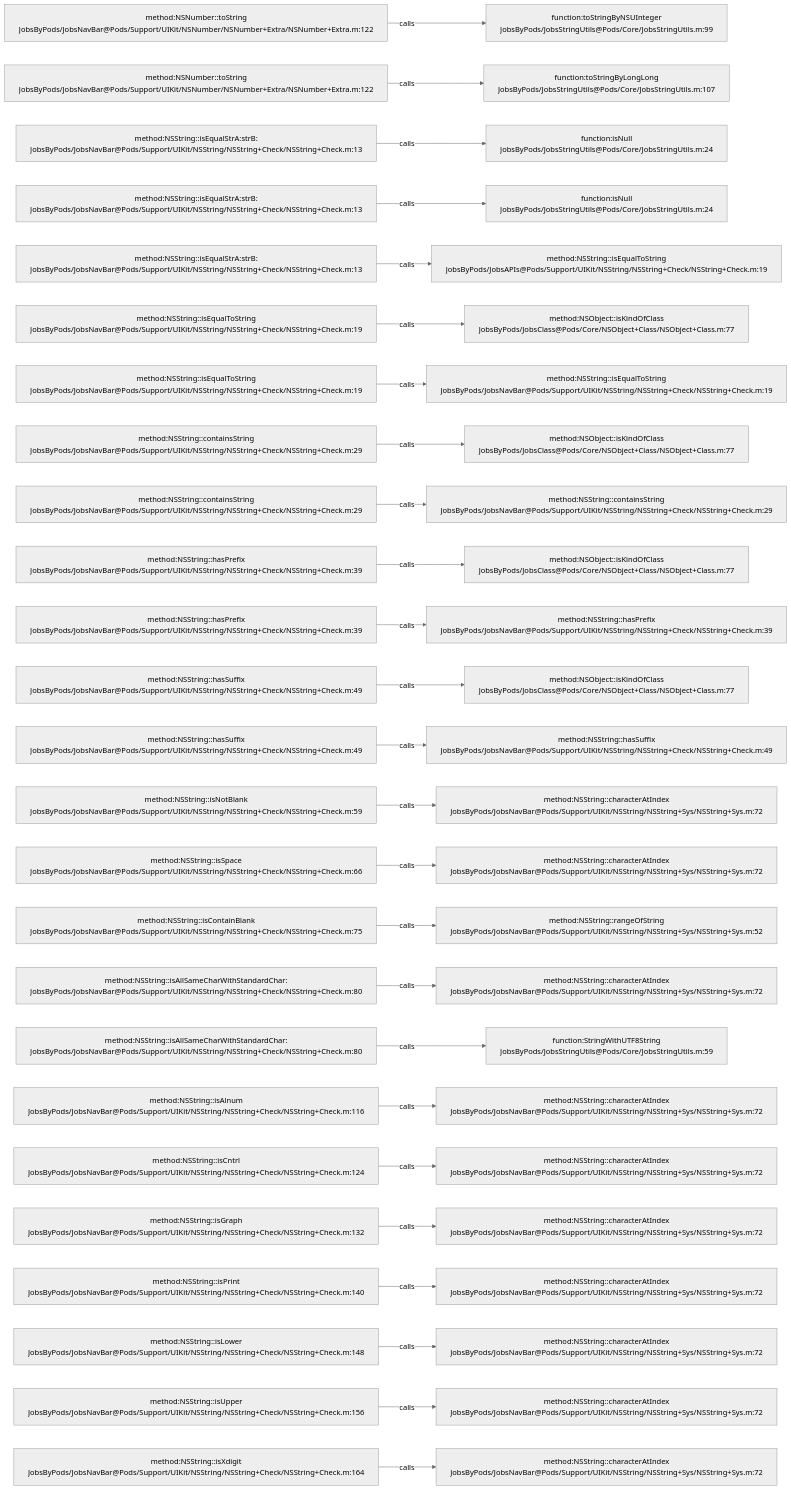
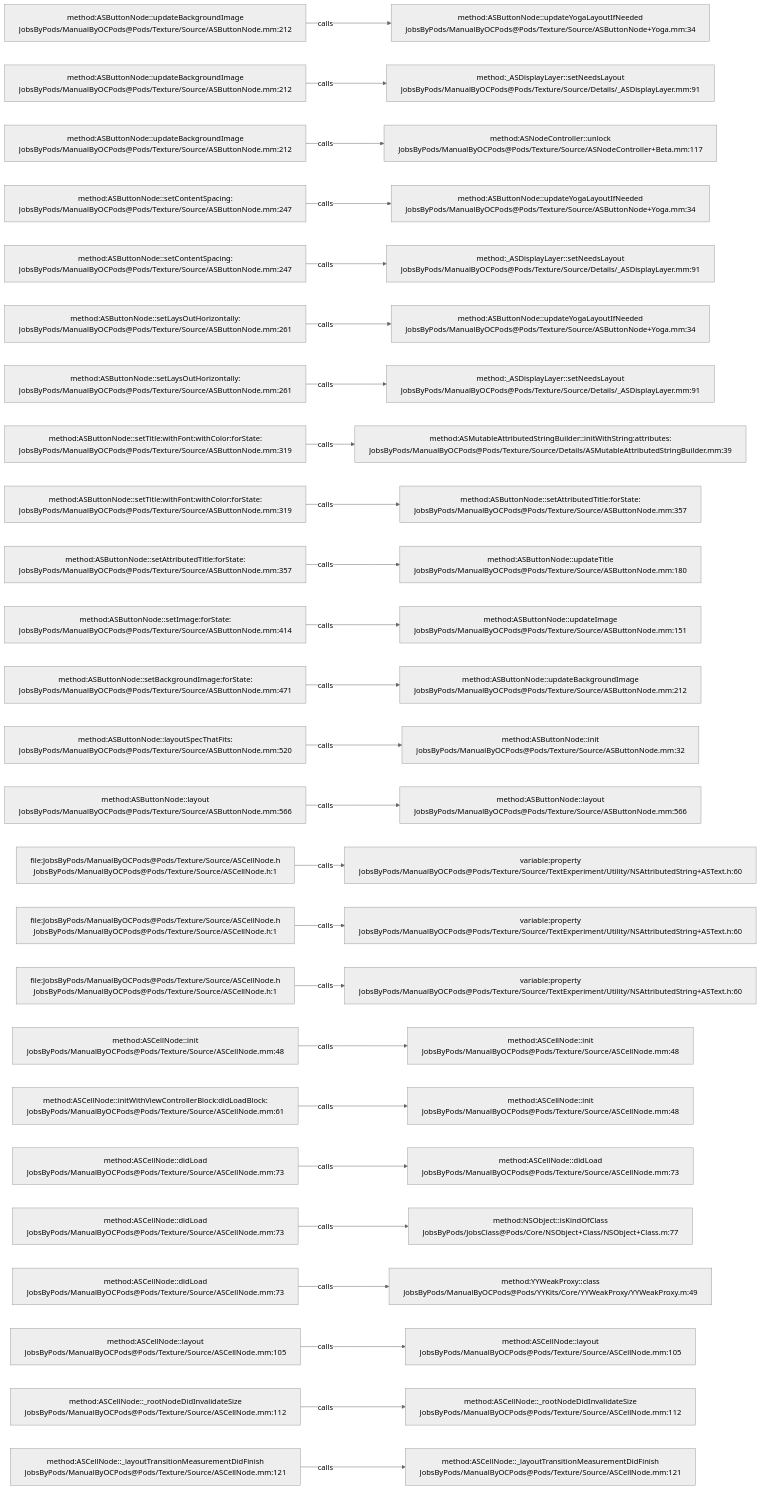
The diagram in .codegraph/codegraph.md/graphs/calls-080.md (JobsKits/JobsOCBaseConfigDemo), drawn with Mermaid (neutral theme) before and after one commit. The commit also changed 2162 other files, not shown here.

````diff
--- a/.codegraph/codegraph.md/graphs/calls-080.md
+++ b/.codegraph/codegraph.md/graphs/calls-080.md
@@ -13,78 +13,78 @@
 ```mermaid
 flowchart LR
-  S1["method:NSNumber::toString<br/>JobsByPods/JobsNavBar@Pods/Support/UIKit/NSNumber/NSNumber+Extra/NSNumber+Extra.m:122"]
-  T1["function:toStringByNSUInteger<br/>JobsByPods/JobsStringUtils@Pods/Core/JobsStringUtils.m:99"]
+  S1["method:ASButtonNode::updateBackgroundImage<br/>JobsByPods/ManualByOCPods@Pods/Texture/Source/ASButtonNode.mm:212"]
+  T1["method:ASButtonNode::updateYogaLayoutIfNeeded<br/>JobsByPods/ManualByOCPods@Pods/Texture/Source/ASButtonNode+Yoga.mm:34"]
   S1 -->|calls| T1
-  S2["method:NSNumber::toString<br/>JobsByPods/JobsNavBar@Pods/Support/UIKit/NSNumber/NSNumber+Extra/NSNumber+Extra.m:122"]
-  T2["function:toStringByLongLong<br/>JobsByPods/JobsStringUtils@Pods/Core/JobsStringUtils.m:107"]
+  S2["method:ASButtonNode::updateBackgroundImage<br/>JobsByPods/ManualByOCPods@Pods/Texture/Source/ASButtonNode.mm:212"]
+  T2["method:_ASDisplayLayer::setNeedsLayout<br/>JobsByPods/ManualByOCPods@Pods/Texture/Source/Details/_ASDisplayLayer.mm:91"]
   S2 -->|calls| T2
-  S3["method:NSString::isEqualStrA:strB:<br/>JobsByPods/JobsNavBar@Pods/Support/UIKit/NSString/NSString+Check/NSString+Check.m:13"]
-  T3["function:isNull<br/>JobsByPods/JobsStringUtils@Pods/Core/JobsStringUtils.m:24"]
+  S3["method:ASButtonNode::updateBackgroundImage<br/>JobsByPods/ManualByOCPods@Pods/Texture/Source/ASButtonNode.mm:212"]
+  T3["method:ASNodeController::unlock<br/>JobsByPods/ManualByOCPods@Pods/Texture/Source/ASNodeController+Beta.mm:117"]
   S3 -->|calls| T3
-  S4["method:NSString::isEqualStrA:strB:<br/>JobsByPods/JobsNavBar@Pods/Support/UIKit/NSString/NSString+Check/NSString+Check.m:13"]
-  T4["function:isNull<br/>JobsByPods/JobsStringUtils@Pods/Core/JobsStringUtils.m:24"]
+  S4["method:ASButtonNode::setContentSpacing:<br/>JobsByPods/ManualByOCPods@Pods/Texture/Source/ASButtonNode.mm:247"]
+  T4["method:ASButtonNode::updateYogaLayoutIfNeeded<br/>JobsByPods/ManualByOCPods@Pods/Texture/Source/ASButtonNode+Yoga.mm:34"]
   S4 -->|calls| T4
-  S5["method:NSString::isEqualStrA:strB:<br/>JobsByPods/JobsNavBar@Pods/Support/UIKit/NSString/NSString+Check/NSString+Check.m:13"]
-  T5["method:NSString::isEqualToString<br/>JobsByPods/JobsAPIs@Pods/Support/UIKit/NSString/NSString+Check/NSString+Check.m:19"]
+  S5["method:ASButtonNode::setContentSpacing:<br/>JobsByPods/ManualByOCPods@Pods/Texture/Source/ASButtonNode.mm:247"]
+  T5["method:_ASDisplayLayer::setNeedsLayout<br/>JobsByPods/ManualByOCPods@Pods/Texture/Source/Details/_ASDisplayLayer.mm:91"]
   S5 -->|calls| T5
-  S6["method:NSString::isEqualToString<br/>JobsByPods/JobsNavBar@Pods/Support/UIKit/NSString/NSString+Check/NSString+Check.m:19"]
-  T6["method:NSObject::isKindOfClass<br/>JobsByPods/JobsClass@Pods/Core/NSObject+Class/NSObject+Class.m:77"]
+  S6["method:ASButtonNode::setLaysOutHorizontally:<br/>JobsByPods/ManualByOCPods@Pods/Texture/Source/ASButtonNode.mm:261"]
+  T6["method:ASButtonNode::updateYogaLayoutIfNeeded<br/>JobsByPods/ManualByOCPods@Pods/Texture/Source/ASButtonNode+Yoga.mm:34"]
   S6 -->|calls| T6
-  S7["method:NSString::isEqualToString<br/>JobsByPods/JobsNavBar@Pods/Support/UIKit/NSString/NSString+Check/NSString+Check.m:19"]
-  T7["method:NSString::isEqualToString<br/>JobsByPods/JobsNavBar@Pods/Support/UIKit/NSString/NSString+Check/NSString+Check.m:19"]
+  S7["method:ASButtonNode::setLaysOutHorizontally:<br/>JobsByPods/ManualByOCPods@Pods/Texture/Source/ASButtonNode.mm:261"]
+  T7["method:_ASDisplayLayer::setNeedsLayout<br/>JobsByPods/ManualByOCPods@Pods/Texture/Source/Details/_ASDisplayLayer.mm:91"]
   S7 -->|calls| T7
-  S8["method:NSString::containsString<br/>JobsByPods/JobsNavBar@Pods/Support/UIKit/NSString/NSString+Check/NSString+Check.m:29"]
-  T8["method:NSObject::isKindOfClass<br/>JobsByPods/JobsClass@Pods/Core/NSObject+Class/NSObject+Class.m:77"]
+  S8["method:ASButtonNode::setTitle:withFont:withColor:forState:<br/>JobsByPods/ManualByOCPods@Pods/Texture/Source/ASButtonNode.mm:319"]
+  T8["method:ASMutableAttributedStringBuilder::initWithString:attributes:<br/>JobsByPods/ManualByOCPods@Pods/Texture/Source/Details/ASMutableAttributedStringBuilder.mm:39"]
   S8 -->|calls| T8
-  S9["method:NSString::containsString<br/>JobsByPods/JobsNavBar@Pods/Support/UIKit/NSString/NSString+Check/NSString+Check.m:29"]
-  T9["method:NSString::containsString<br/>JobsByPods/JobsNavBar@Pods/Support/UIKit/NSString/NSString+Check/NSString+Check.m:29"]
+  S9["method:ASButtonNode::setTitle:withFont:withColor:forState:<br/>JobsByPods/ManualByOCPods@Pods/Texture/Source/ASButtonNode.mm:319"]
+  T9["method:ASButtonNode::setAttributedTitle:forState:<br/>JobsByPods/ManualByOCPods@Pods/Texture/Source/ASButtonNode.mm:357"]
   S9 -->|calls| T9
-  S10["method:NSString::hasPrefix<br/>JobsByPods/JobsNavBar@Pods/Support/UIKit/NSString/NSString+Check/NSString+Check.m:39"]
-  T10["method:NSObject::isKindOfClass<br/>JobsByPods/JobsClass@Pods/Core/NSObject+Class/NSObject+Class.m:77"]
+  S10["method:ASButtonNode::setAttributedTitle:forState:<br/>JobsByPods/ManualByOCPods@Pods/Texture/Source/ASButtonNode.mm:357"]
+  T10["method:ASButtonNode::updateTitle<br/>JobsByPods/ManualByOCPods@Pods/Texture/Source/ASButtonNode.mm:180"]
   S10 -->|calls| T10
-  S11["method:NSString::hasPrefix<br/>JobsByPods/JobsNavBar@Pods/Support/UIKit/NSString/NSString+Check/NSString+Check.m:39"]
-  T11["method:NSString::hasPrefix<br/>JobsByPods/JobsNavBar@Pods/Support/UIKit/NSString/NSString+Check/NSString+Check.m:39"]
+  S11["method:ASButtonNode::setImage:forState:<br/>JobsByPods/ManualByOCPods@Pods/Texture/Source/ASButtonNode.mm:414"]
+  T11["method:ASButtonNode::updateImage<br/>JobsByPods/ManualByOCPods@Pods/Texture/Source/ASButtonNode.mm:151"]
   S11 -->|calls| T11
-  S12["method:NSString::hasSuffix<br/>JobsByPods/JobsNavBar@Pods/Support/UIKit/NSString/NSString+Check/NSString+Check.m:49"]
-  T12["method:NSObject::isKindOfClass<br/>JobsByPods/JobsClass@Pods/Core/NSObject+Class/NSObject+Class.m:77"]
+  S12["method:ASButtonNode::setBackgroundImage:forState:<br/>JobsByPods/ManualByOCPods@Pods/Texture/Source/ASButtonNode.mm:471"]
+  T12["method:ASButtonNode::updateBackgroundImage<br/>JobsByPods/ManualByOCPods@Pods/Texture/Source/ASButtonNode.mm:212"]
   S12 -->|calls| T12
-  S13["method:NSString::hasSuffix<br/>JobsByPods/JobsNavBar@Pods/Support/UIKit/NSString/NSString+Check/NSString+Check.m:49"]
-  T13["method:NSString::hasSuffix<br/>JobsByPods/JobsNavBar@Pods/Support/UIKit/NSString/NSString+Check/NSString+Check.m:49"]
+  S13["method:ASButtonNode::layoutSpecThatFits:<br/>JobsByPods/ManualByOCPods@Pods/Texture/Source/ASButtonNode.mm:520"]
+  T13["method:ASButtonNode::init<br/>JobsByPods/ManualByOCPods@Pods/Texture/Source/ASButtonNode.mm:32"]
   S13 -->|calls| T13
-  S14["method:NSString::isNotBlank<br/>JobsByPods/JobsNavBar@Pods/Support/UIKit/NSString/NSString+Check/NSString+Check.m:59"]
-  T14["method:NSString::characterAtIndex<br/>JobsByPods/JobsNavBar@Pods/Support/UIKit/NSString/NSString+Sys/NSString+Sys.m:72"]
+  S14["method:ASButtonNode::layout<br/>JobsByPods/ManualByOCPods@Pods/Texture/Source/ASButtonNode.mm:566"]
+  T14["method:ASButtonNode::layout<br/>JobsByPods/ManualByOCPods@Pods/Texture/Source/ASButtonNode.mm:566"]
   S14 -->|calls| T14
-  S15["method:NSString::isSpace<br/>JobsByPods/JobsNavBar@Pods/Support/UIKit/NSString/NSString+Check/NSString+Check.m:66"]
-  T15["method:NSString::characterAtIndex<br/>JobsByPods/JobsNavBar@Pods/Support/UIKit/NSString/NSString+Sys/NSString+Sys.m:72"]
+  S15["file:JobsByPods/ManualByOCPods@Pods/Texture/Source/ASCellNode.h<br/>JobsByPods/ManualByOCPods@Pods/Texture/Source/ASCellNode.h:1"]
+  T15["variable:property<br/>JobsByPods/ManualByOCPods@Pods/Texture/Source/TextExperiment/Utility/NSAttributedString+ASText.h:60"]
   S15 -->|calls| T15
-  S16["method:NSString::isContainBlank<br/>JobsByPods/JobsNavBar@Pods/Support/UIKit/NSString/NSString+Check/NSString+Check.m:75"]
-  T16["method:NSString::rangeOfString<br/>JobsByPods/JobsNavBar@Pods/Support/UIKit/NSString/NSString+Sys/NSString+Sys.m:52"]
+  S16["file:JobsByPods/ManualByOCPods@Pods/Texture/Source/ASCellNode.h<br/>JobsByPods/ManualByOCPods@Pods/Texture/Source/ASCellNode.h:1"]
+  T16["variable:property<br/>JobsByPods/ManualByOCPods@Pods/Texture/Source/TextExperiment/Utility/NSAttributedString+ASText.h:60"]
   S16 -->|calls| T16
-  S17["method:NSString::isAllSameCharWithStandardChar:<br/>JobsByPods/JobsNavBar@Pods/Support/UIKit/NSString/NSString+Check/NSString+Check.m:80"]
-  T17["method:NSString::characterAtIndex<br/>JobsByPods/JobsNavBar@Pods/Support/UIKit/NSString/NSString+Sys/NSString+Sys.m:72"]
+  S17["file:JobsByPods/ManualByOCPods@Pods/Texture/Source/ASCellNode.h<br/>JobsByPods/ManualByOCPods@Pods/Texture/Source/ASCellNode.h:1"]
+  T17["variable:property<br/>JobsByPods/ManualByOCPods@Pods/Texture/Source/TextExperiment/Utility/NSAttributedString+ASText.h:60"]
   S17 -->|calls| T17
-  S18["method:NSString::isAllSameCharWithStandardChar:<br/>JobsByPods/JobsNavBar@Pods/Support/UIKit/NSString/NSString+Check/NSString+Check.m:80"]
-  T18["function:StringWithUTF8String<br/>JobsByPods/JobsStringUtils@Pods/Core/JobsStringUtils.m:59"]
+  S18["method:ASCellNode::init<br/>JobsByPods/ManualByOCPods@Pods/Texture/Source/ASCellNode.mm:48"]
+  T18["method:ASCellNode::init<br/>JobsByPods/ManualByOCPods@Pods/Texture/Source/ASCellNode.mm:48"]
   S18 -->|calls| T18
-  S19["method:NSString::isAlnum<br/>JobsByPods/JobsNavBar@Pods/Support/UIKit/NSString/NSString+Check/NSString+Check.m:116"]
-  T19["method:NSString::characterAtIndex<br/>JobsByPods/JobsNavBar@Pods/Support/UIKit/NSString/NSString+Sys/NSString+Sys.m:72"]
+  S19["method:ASCellNode::initWithViewControllerBlock:didLoadBlock:<br/>JobsByPods/ManualByOCPods@Pods/Texture/Source/ASCellNode.mm:61"]
+  T19["method:ASCellNode::init<br/>JobsByPods/ManualByOCPods@Pods/Texture/Source/ASCellNode.mm:48"]
   S19 -->|calls| T19
-  S20["method:NSString::isCntrl<br/>JobsByPods/JobsNavBar@Pods/Support/UIKit/NSString/NSString+Check/NSString+Check.m:124"]
-  T20["method:NSString::characterAtIndex<br/>JobsByPods/JobsNavBar@Pods/Support/UIKit/NSString/NSString+Sys/NSString+Sys.m:72"]
+  S20["method:ASCellNode::didLoad<br/>JobsByPods/ManualByOCPods@Pods/Texture/Source/ASCellNode.mm:73"]
+  T20["method:ASCellNode::didLoad<br/>JobsByPods/ManualByOCPods@Pods/Texture/Source/ASCellNode.mm:73"]
   S20 -->|calls| T20
-  S21["method:NSString::isGraph<br/>JobsByPods/JobsNavBar@Pods/Support/UIKit/NSString/NSString+Check/NSString+Check.m:132"]
-  T21["method:NSString::characterAtIndex<br/>JobsByPods/JobsNavBar@Pods/Support/UIKit/NSString/NSString+Sys/NSString+Sys.m:72"]
+  S21["method:ASCellNode::didLoad<br/>JobsByPods/ManualByOCPods@Pods/Texture/Source/ASCellNode.mm:73"]
+  T21["method:NSObject::isKindOfClass<br/>JobsByPods/JobsClass@Pods/Core/NSObject+Class/NSObject+Class.m:77"]
   S21 -->|calls| T21
-  S22["method:NSString::isPrint<br/>JobsByPods/JobsNavBar@Pods/Support/UIKit/NSString/NSString+Check/NSString+Check.m:140"]
-  T22["method:NSString::characterAtIndex<br/>JobsByPods/JobsNavBar@Pods/Support/UIKit/NSString/NSString+Sys/NSString+Sys.m:72"]
+  S22["method:ASCellNode::didLoad<br/>JobsByPods/ManualByOCPods@Pods/Texture/Source/ASCellNode.mm:73"]
+  T22["method:YYWeakProxy::class<br/>JobsByPods/ManualByOCPods@Pods/YYKits/Core/YYWeakProxy/YYWeakProxy.m:49"]
   S22 -->|calls| T22
-  S23["method:NSString::isLower<br/>JobsByPods/JobsNavBar@Pods/Support/UIKit/NSString/NSString+Check/NSString+Check.m:148"]
-  T23["method:NSString::characterAtIndex<br/>JobsByPods/JobsNavBar@Pods/Support/UIKit/NSString/NSString+Sys/NSString+Sys.m:72"]
+  S23["method:ASCellNode::layout<br/>JobsByPods/ManualByOCPods@Pods/Texture/Source/ASCellNode.mm:105"]
+  T23["method:ASCellNode::layout<br/>JobsByPods/ManualByOCPods@Pods/Texture/Source/ASCellNode.mm:105"]
   S23 -->|calls| T23
-  S24["method:NSString::isUpper<br/>JobsByPods/JobsNavBar@Pods/Support/UIKit/NSString/NSString+Check/NSString+Check.m:156"]
-  T24["method:NSString::characterAtIndex<br/>JobsByPods/JobsNavBar@Pods/Support/UIKit/NSString/NSString+Sys/NSString+Sys.m:72"]
+  S24["method:ASCellNode::_rootNodeDidInvalidateSize<br/>JobsByPods/ManualByOCPods@Pods/Texture/Source/ASCellNode.mm:112"]
+  T24["method:ASCellNode::_rootNodeDidInvalidateSize<br/>JobsByPods/ManualByOCPods@Pods/Texture/Source/ASCellNode.mm:112"]
   S24 -->|calls| T24
-  S25["method:NSString::isXdigit<br/>JobsByPods/JobsNavBar@Pods/Support/UIKit/NSString/NSString+Check/NSString+Check.m:164"]
-  T25["method:NSString::characterAtIndex<br/>JobsByPods/JobsNavBar@Pods/Support/UIKit/NSString/NSString+Sys/NSString+Sys.m:72"]
+  S25["method:ASCellNode::_layoutTransitionMeasurementDidFinish<br/>JobsByPods/ManualByOCPods@Pods/Texture/Source/ASCellNode.mm:121"]
+  T25["method:ASCellNode::_layoutTransitionMeasurementDidFinish<br/>JobsByPods/ManualByOCPods@Pods/Texture/Source/ASCellNode.mm:121"]
   S25 -->|calls| T25
 ```
````
